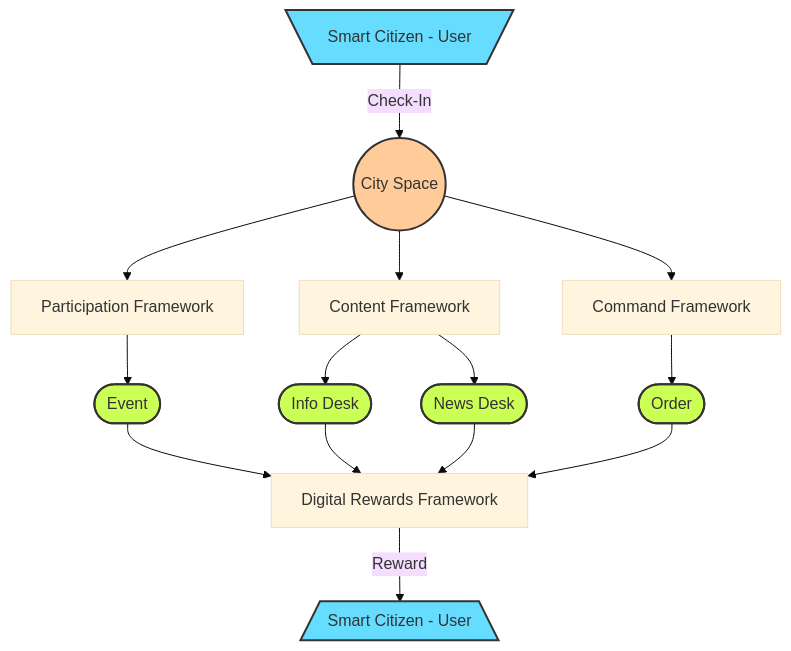
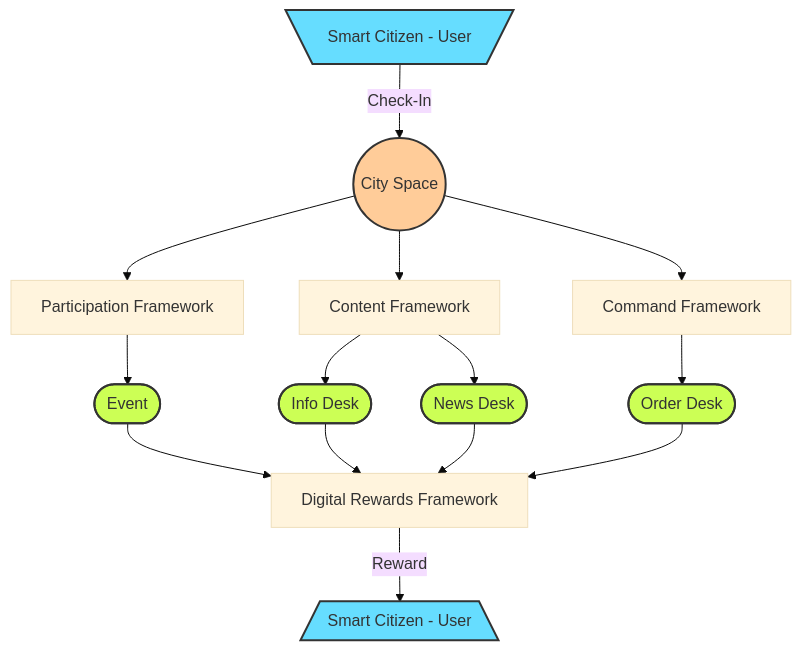
The diagram in pages/roadmap.md (cityos-work/cityos-dev), drawn with Mermaid (base theme) before and after one commit.

````diff
--- a/pages/roadmap.md
+++ b/pages/roadmap.md
@@ -64,23 +64,23 @@
 ```mermaid
 graph TB;
     USER[\Smart Citizen - User/]-- Check-In -->SPACE((City Space));
     SPACE-->PARTICIPATION[Participation Framework];
     SPACE-->CONTENT[Content Framework];
     SPACE-->COMMAND[Command Framework];
     PARTICIPATION-->EVENT([Event]);
     CONTENT-->INFO([Info Desk]);
     CONTENT-->NEWS([News Desk]);
-    COMMAND-->ORDER([Order]);
+    COMMAND-->ORDER([Order Desk]);
     EVENT-->REWARDFRAMEWORK[Digital Rewards Framework];
     INFO-->REWARDFRAMEWORK;
     NEWS-->REWARDFRAMEWORK;
     ORDER-->REWARDFRAMEWORK;
     REWARDFRAMEWORK-- Reward -->REWARDEDUSER[/Smart Citizen - User\];
     style USER fill:#6df,stroke:#333,stroke-width:2px
     style REWARDEDUSER fill:#6df,stroke:#333,stroke-width:2px
     style SPACE fill:#fc9,stroke:#333,stroke-width:2px
     style ORDER fill:#CF5, stroke:#333,stroke-width:2px
     style INFO fill:#CF5, stroke:#333,stroke-width:2px
     style NEWS fill:#CF5, stroke:#333,stroke-width:2px
     style EVENT fill:#CF5, stroke:#333,stroke-width:2px 
 ```
````
